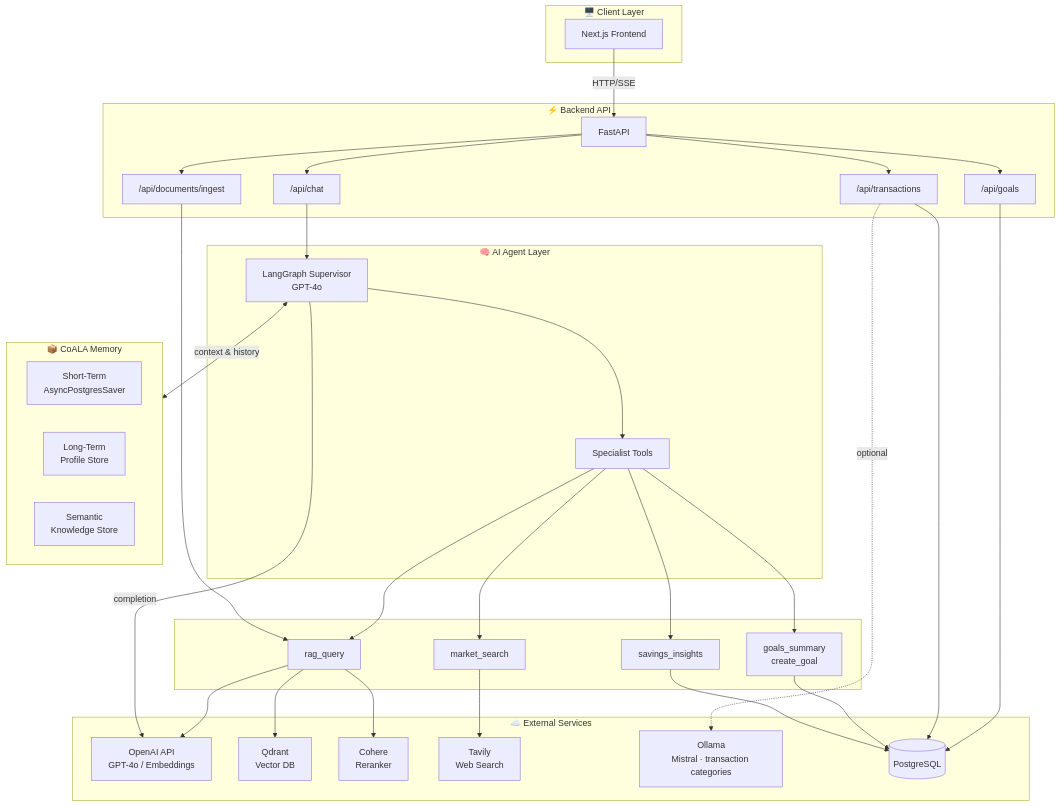
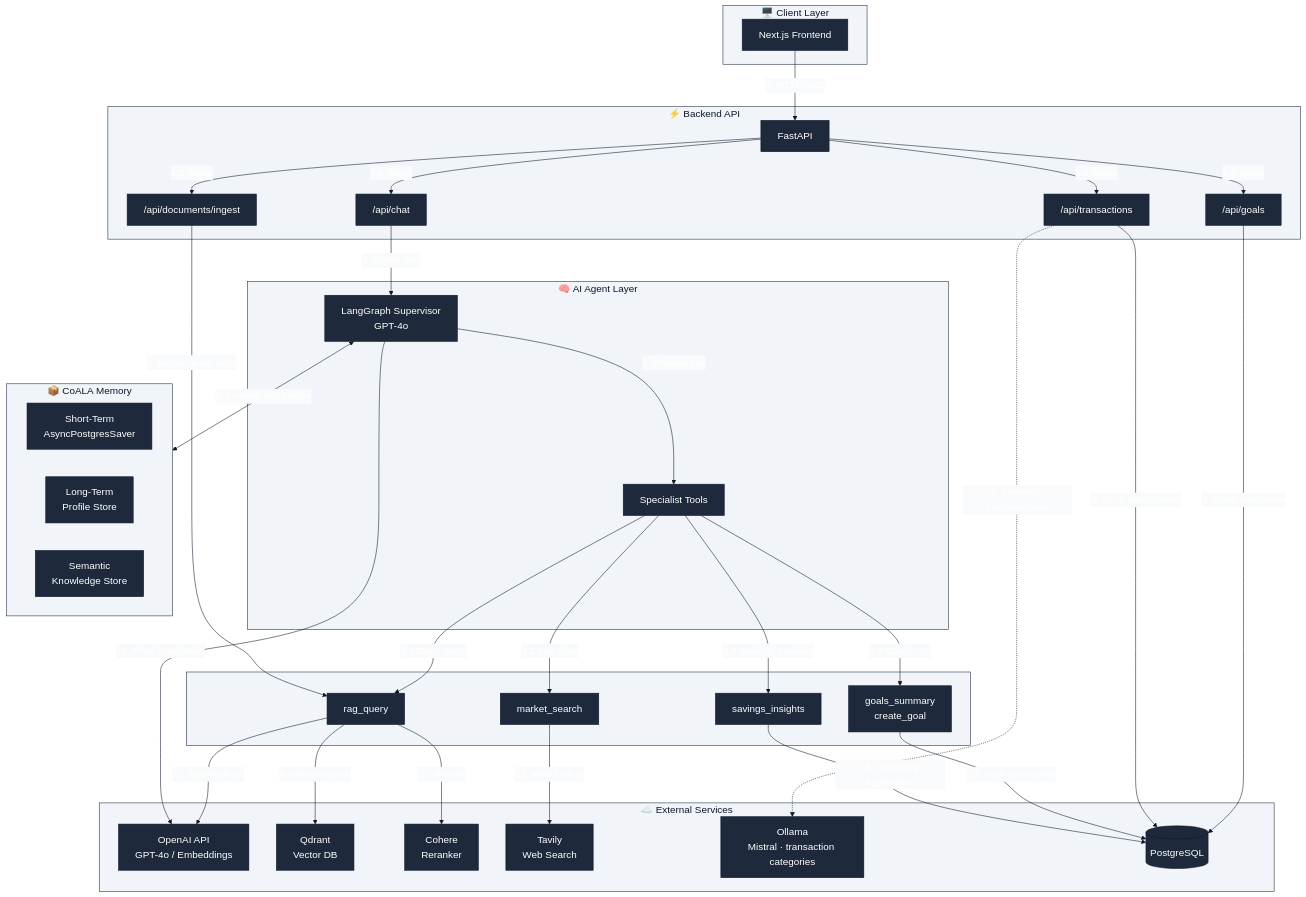
One commit to adrian-barcan/AIE9-Certification-Challenge changed the first of 6 diagrams in README.md. Above: the diagram before and after it, drawn with Mermaid. The commit also changed other lines of this file and 15 other files, not shown here.

````diff
--- a/README.md
+++ b/README.md
@@ -42,66 +42,67 @@
 ```mermaid
+%%{init: {'theme':'base', 'themeVariables': {'primaryColor':'#1e293b','primaryTextColor':'#ffffff','primaryBorderColor':'#0f172a','secondaryColor':'#334155','secondaryTextColor':'#ffffff','secondaryBorderColor':'#0f172a','tertiaryColor':'#475569','tertiaryTextColor':'#ffffff','tertiaryBorderColor':'#0f172a','lineColor':'#0f172a','fontSize':'18px','edgeLabelBackground':'#f8fafc','nodeBorder':'#0f172a','nodeTextColor':'#ffffff','clusterBkg':'#f1f5f9','clusterBorder':'#1e293b','titleColor':'#0f172a'}}}%%
 flowchart TB
     subgraph Client["🖥️ Client Layer"]
         FE[Next.js Frontend]
     end
 
     subgraph API["⚡ Backend API"]
         FastAPI[FastAPI]
         ChatAPI["/api/chat"]
         DocsAPI["/api/documents/ingest"]
         GoalsAPI["/api/goals"]
         TransactionsAPI["/api/transactions"]
-        FastAPI --> ChatAPI
-        FastAPI --> DocsAPI
-        FastAPI --> GoalsAPI
-        FastAPI --> TransactionsAPI
+        FastAPI -->|"1.1 Serve"| ChatAPI
+        FastAPI -->|"1.2 Serve"| DocsAPI
+        FastAPI -->|"1.3 Serve"| GoalsAPI
+        FastAPI -->|"1.4 Serve"| TransactionsAPI
     end
 
     subgraph Agent["🧠 AI Agent Layer"]
         Supervisor[LangGraph Supervisor<br/>GPT-4o]
         Tools[Specialist Tools]
-        Supervisor --> Tools
+        Supervisor -->|"3. Choose tool"| Tools
     end
 
     subgraph ToolsDetail[" "]
         RAG[rag_query]
         Market[market_search]
         GoalsTool[goals_summary<br/>create_goal]
         SavingsTool[savings_insights]
-        Tools --> RAG
-        Tools --> Market
-        Tools --> GoalsTool
-        Tools --> SavingsTool
+        Tools -->|"3.1 Docs query"| RAG
+        Tools -->|"3.2 Live data"| Market
+        Tools -->|"3.3 Goals ops"| GoalsTool
+        Tools -->|"3.4 Savings analysis"| SavingsTool
     end
 
     subgraph Memory["📦 CoALA Memory"]
         STM[Short-Term<br/>AsyncPostgresSaver]
         LTM[Long-Term<br/>Profile Store]
         SEM[Semantic<br/>Knowledge Store]
     end
 
     subgraph External["☁️ External Services"]
         OpenAI[OpenAI API<br/>GPT-4o / Embeddings]
         Qdrant[Qdrant<br/>Vector DB]
         Cohere[Cohere<br/>Reranker]
         Tavily[Tavily<br/>Web Search]
         Ollama[Ollama<br/>Mistral · transaction categories]
         PG[(PostgreSQL)]
     end
 
-    FE -->|HTTP/SSE| FastAPI
-    ChatAPI --> Supervisor
-    DocsAPI --> RAG
-    GoalsAPI --> PG
-    TransactionsAPI --> PG
-    TransactionsAPI -.->|optional| Ollama
+    FE -->|"1. HTTP/SSE"| FastAPI
+    ChatAPI -->|"2. Route chat"| Supervisor
+    DocsAPI -->|"4. Ingest/query docs"| RAG
+    GoalsAPI -->|"5. Goals read/write"| PG
+    TransactionsAPI -->|"6. Store transactions"| PG
+    TransactionsAPI -.->|"7. Optional categorization"| Ollama
 
-    Supervisor <-->|context & history| Memory
-    RAG --> Qdrant
-    RAG --> Cohere
-    RAG --> OpenAI
-    Market --> Tavily
-    GoalsTool --> PG
-    SavingsTool --> PG
-    Supervisor -->|completion| OpenAI
+    Supervisor <-->|"8. Context and history"| Memory
+    RAG -->|"9. Vector search"| Qdrant
+    RAG -->|"10. Rerank"| Cohere
+    RAG -->|"11. Embeddings"| OpenAI
+    Market -->|"12. Web lookup"| Tavily
+    GoalsTool -->|"13. Goal summaries"| PG
+    SavingsTool -->|"14. Spending aggregates"| PG
+    Supervisor -->|"15. Final completion"| OpenAI
 ```
````
